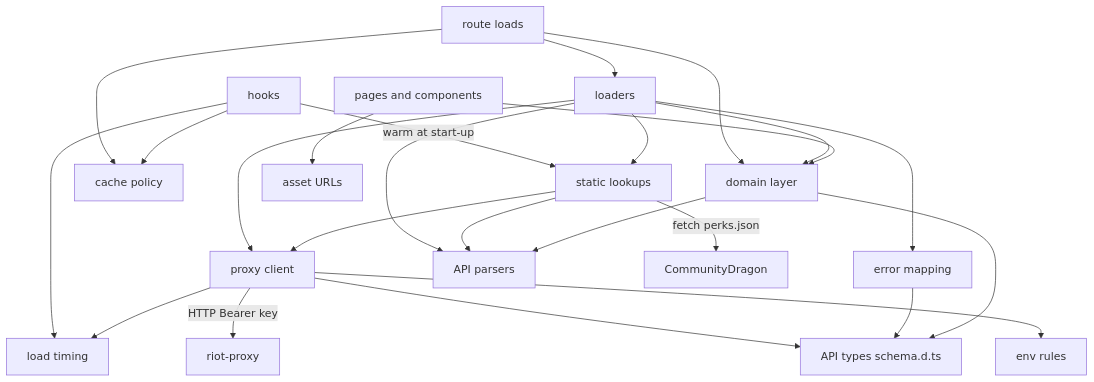
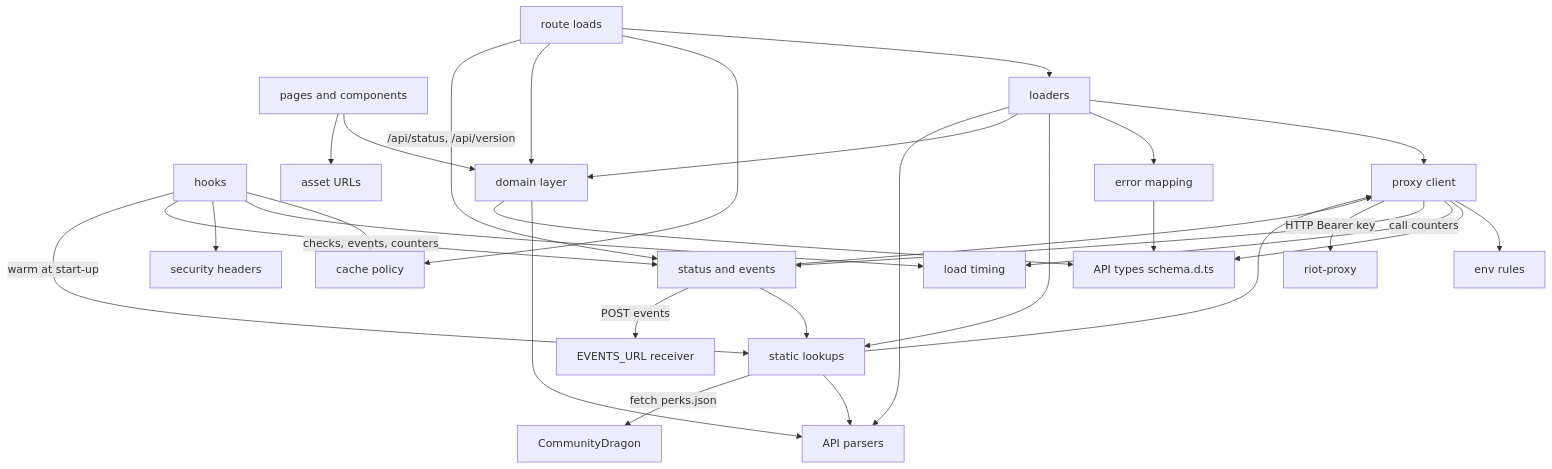
The diagram in docs/architecture/components.md (NinjaGoldfinch/ninjagoldfinch-lol), drawn with Mermaid before and after one commit. The commit also changed other lines of this file and 2 other files, not shown here.

First line of the commit message:
docs(architecture): components.md and testing.md re-read in full against the code

````diff
--- a/docs/architecture/components.md
+++ b/docs/architecture/components.md
@@ -34,43 +36,53 @@
 ```mermaid
 flowchart TD
   Pages[pages and components]
   Loads[route loads]
   Hooks[hooks]
   Loaders[loaders]
   Static[static lookups]
   Client[proxy client]
   Errors[error mapping]
   Cache[cache policy]
   Timing[load timing]
   Env[env rules]
   Parsers[API parsers]
   Schema[API types schema.d.ts]
   Domain[domain layer]
   Assets[asset URLs]
+  Status[status and events]
+  Security[security headers]
   Proxy[riot-proxy]
   CDragon[CommunityDragon]
+  Receiver[EVENTS_URL receiver]
 
   Loads --> Loaders
   Loads --> Cache
   Loads --> Domain
+  Loads -->|/api/status, /api/version| Status
   Hooks --> Cache
   Hooks --> Timing
+  Hooks --> Security
+  Hooks -->|checks, events, counters| Status
   Hooks -->|warm at start-up| Static
+  Status --> Client
+  Status --> Static
+  Status -->|POST events| Receiver
   Loaders --> Client
   Loaders --> Errors
   Loaders --> Static
   Loaders --> Domain
   Loaders --> Parsers
   Static --> Client
   Static --> Parsers
   Static -->|fetch perks.json| CDragon
   Client --> Env
   Client --> Schema
   Client --> Timing
+  Client -->|call counters| Status
   Client -->|HTTP Bearer key| Proxy
   Errors --> Schema
   Domain --> Parsers
   Domain --> Schema
   Pages --> Domain
   Pages --> Assets
 ```
````
